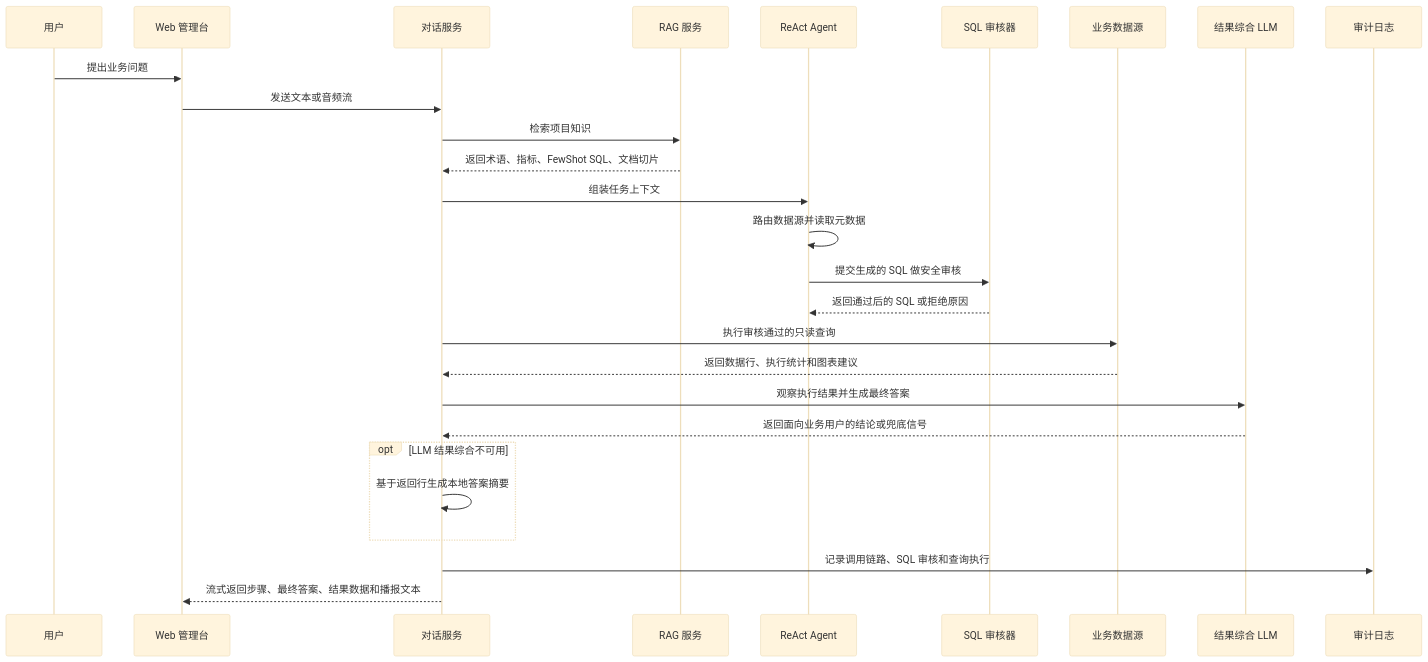
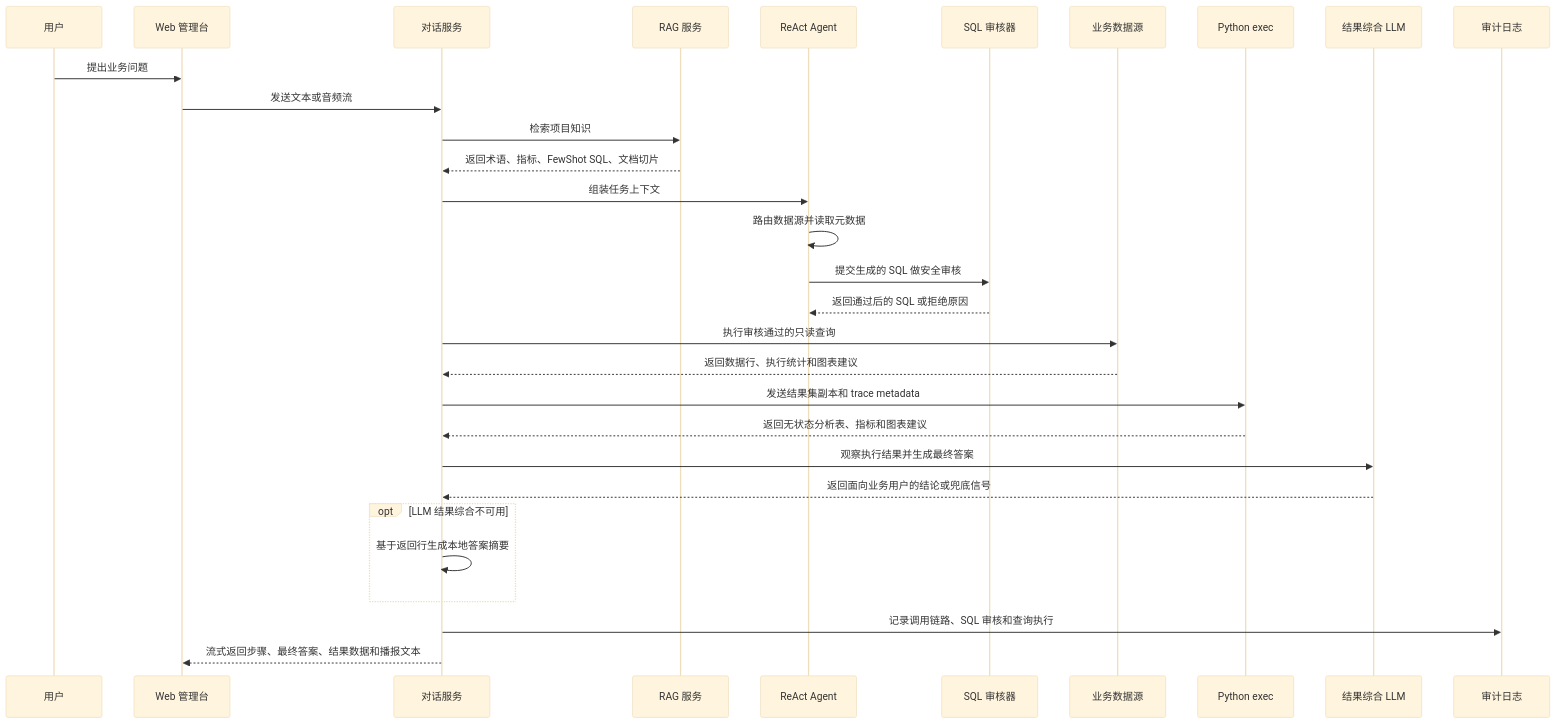
One commit to fanxiangqing/ling-shu changed the third of 3 diagrams in README-zh.md. Above: the diagram before and after it, drawn with Mermaid (base theme). The commit also changed other lines of this file and 8 other files, not shown here.

````diff
--- a/README-zh.md
+++ b/README-zh.md
@@ -467,30 +511,33 @@
 ```mermaid
 sequenceDiagram
   participant User as 用户
   participant Web as Web 管理台
   participant Chat as 对话服务
   participant RAG as RAG 服务
   participant Agent as ReAct Agent
   participant SQL as SQL 审核器
   participant DB as 业务数据源
+  participant PyExec as Python exec
   participant LLM as 结果综合 LLM
   participant Audit as 审计日志
 
   User->>Web: 提出业务问题
   Web->>Chat: 发送文本或音频流
   Chat->>RAG: 检索项目知识
   RAG-->>Chat: 返回术语、指标、FewShot SQL、文档切片
   Chat->>Agent: 组装任务上下文
   Agent->>Agent: 路由数据源并读取元数据
   Agent->>SQL: 提交生成的 SQL 做安全审核
   SQL-->>Agent: 返回通过后的 SQL 或拒绝原因
   Chat->>DB: 执行审核通过的只读查询
   DB-->>Chat: 返回数据行、执行统计和图表建议
+  Chat->>PyExec: 发送结果集副本和 trace metadata
+  PyExec-->>Chat: 返回无状态分析表、指标和图表建议
   Chat->>LLM: 观察执行结果并生成最终答案
   LLM-->>Chat: 返回面向业务用户的结论或兜底信号
   opt LLM 结果综合不可用
     Chat->>Chat: 基于返回行生成本地答案摘要
   end
   Chat->>Audit: 记录调用链路、SQL 审核和查询执行
   Chat-->>Web: 流式返回步骤、最终答案、结果数据和播报文本
 ```
````
